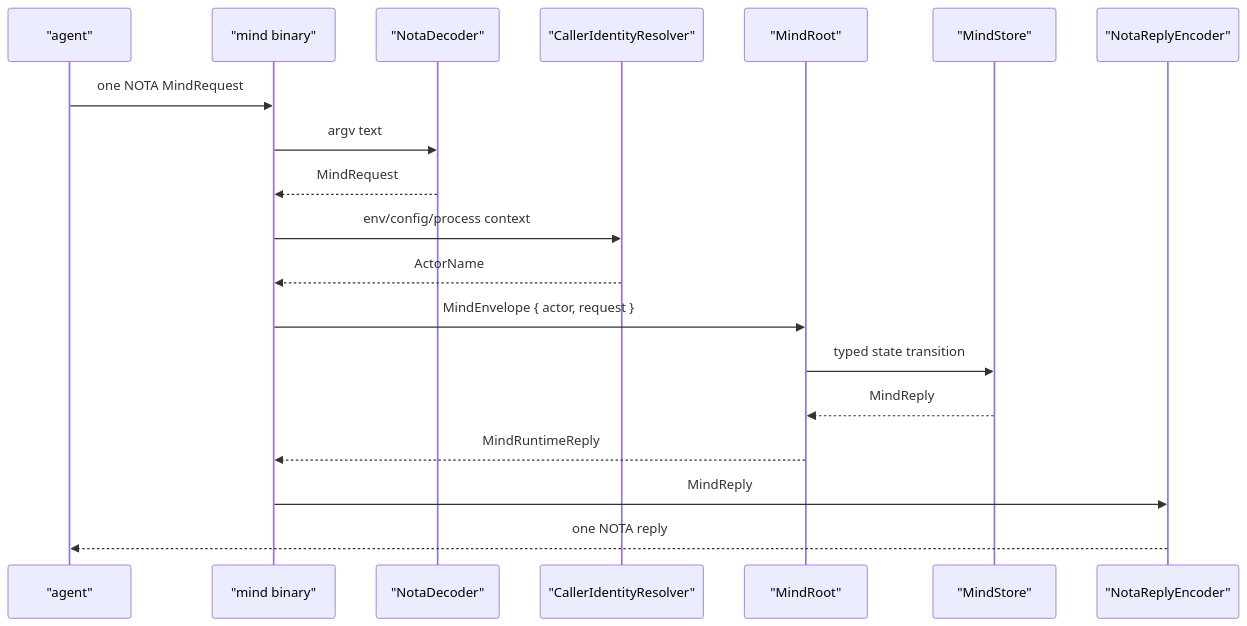
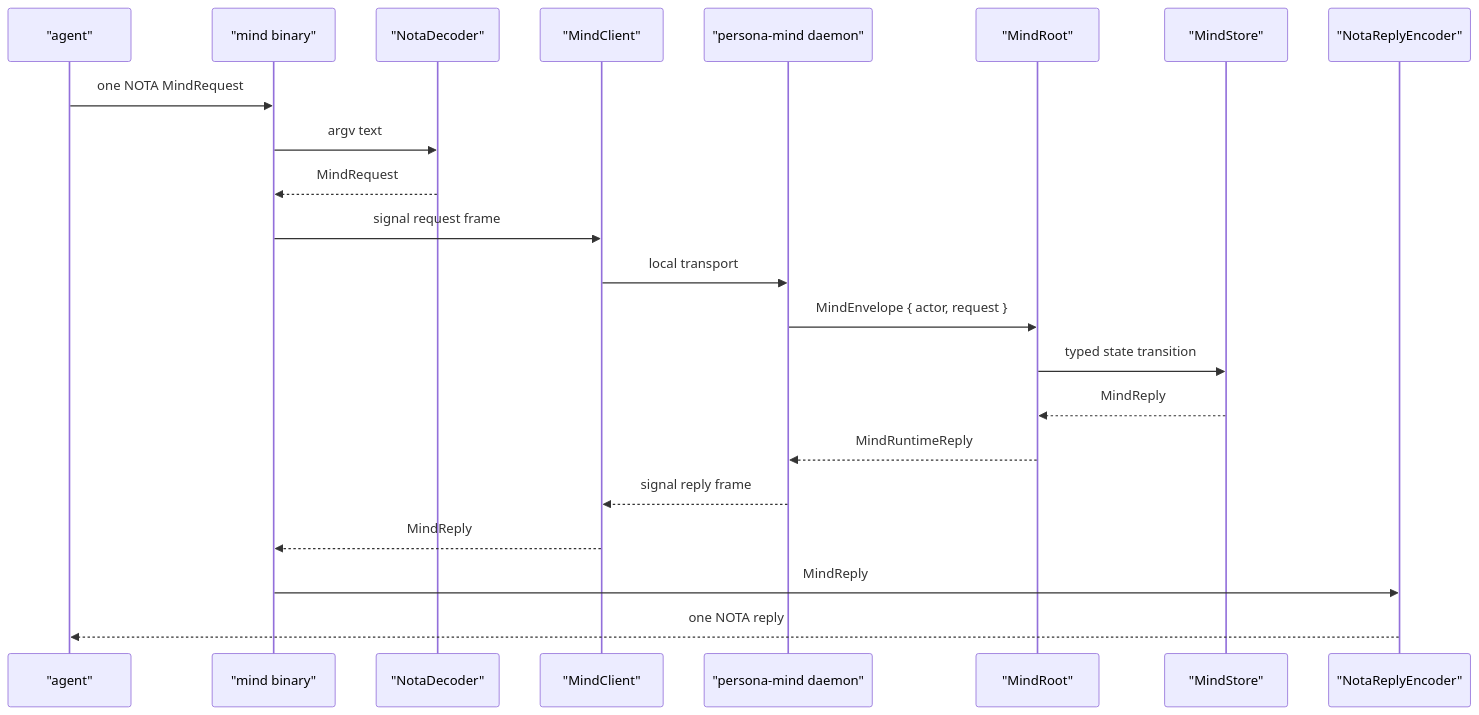
One commit to LiGoldragon/primary changed the ninth of 13 diagrams in reports/operator/105-command-line-mind-architecture-survey.md. Above: the diagram before and after it, drawn with Mermaid. The commit also changed other lines of this file and 2 other files, not shown here.

Commit message:
docs: align orchestration with daemon-backed mind

````diff
--- a/reports/operator/105-command-line-mind-architecture-survey.md
+++ b/reports/operator/105-command-line-mind-architecture-survey.md
@@ -578,22 +576,25 @@
 ```mermaid
 sequenceDiagram
     participant Agent as "agent"
     participant CLI as "mind binary"
     participant Decode as "NotaDecoder"
-    participant Identity as "CallerIdentityResolver"
+    participant Client as "MindClient"
+    participant Daemon as "persona-mind daemon"
     participant Root as "MindRoot"
     participant Store as "MindStore"
     participant Encode as "NotaReplyEncoder"
 
     Agent->>CLI: one NOTA MindRequest
     CLI->>Decode: argv text
     Decode-->>CLI: MindRequest
-    CLI->>Identity: env/config/process context
-    Identity-->>CLI: ActorName
-    CLI->>Root: MindEnvelope { actor, request }
+    CLI->>Client: signal request frame
+    Client->>Daemon: local transport
+    Daemon->>Root: MindEnvelope { actor, request }
     Root->>Store: typed state transition
     Store-->>Root: MindReply
-    Root-->>CLI: MindRuntimeReply
+    Root-->>Daemon: MindRuntimeReply
+    Daemon-->>Client: signal reply frame
+    Client-->>CLI: MindReply
     CLI->>Encode: MindReply
     Encode-->>Agent: one NOTA reply
 ```
````
